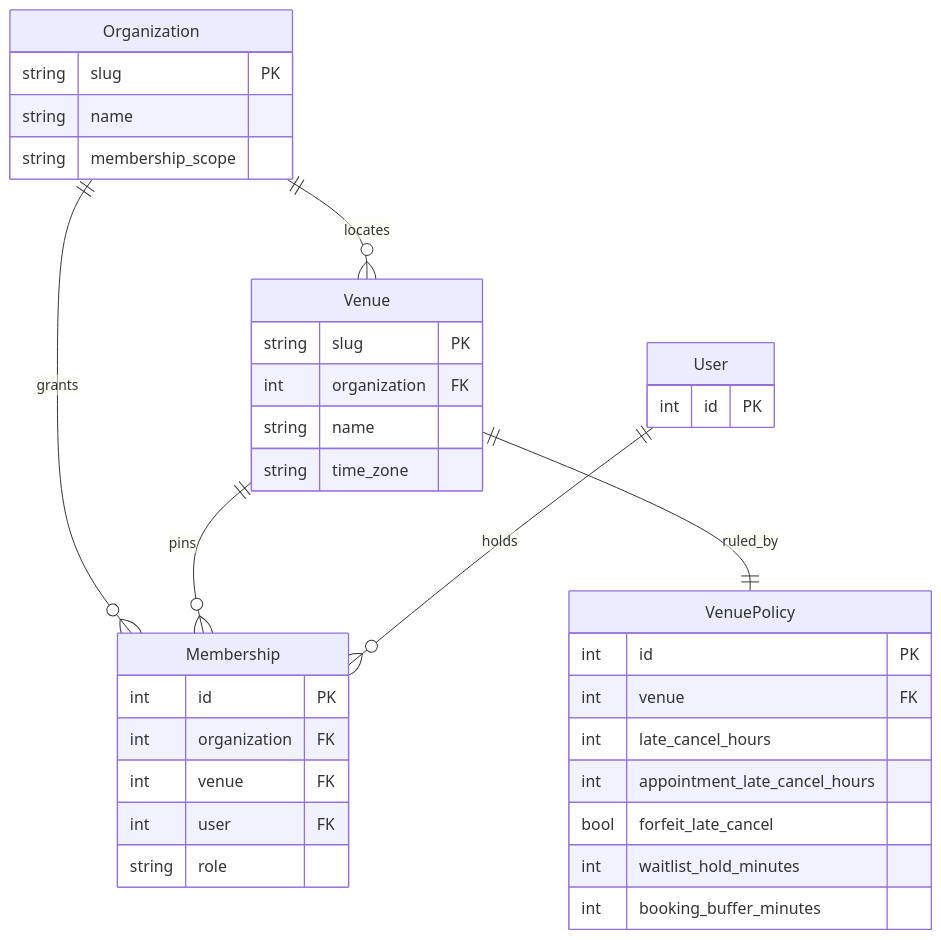
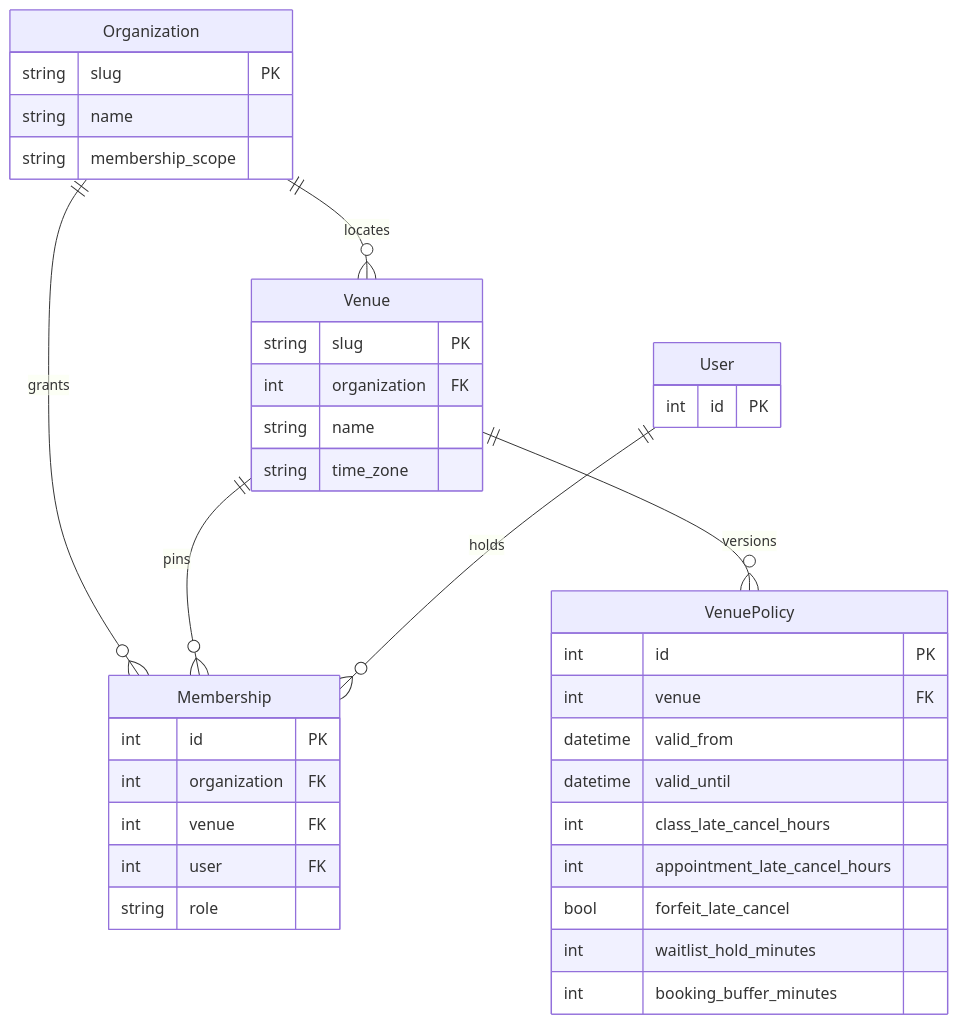
Before and after one commit to kevgathuku/bookr: the first of 7 diagrams in SPEC.md, drawn with Mermaid. The commit also changed other lines of this file and 7 other files, not shown here.

````diff
--- a/SPEC.md
+++ b/SPEC.md
@@ -18,38 +18,40 @@
 ```mermaid
 erDiagram
     Organization {
         string slug PK
         string name
         string membership_scope
     }
     Venue {
         string slug PK
         int organization FK
         string name
         string time_zone
     }
     VenuePolicy {
         int id PK
         int venue FK
-        int late_cancel_hours
+        datetime valid_from
+        datetime valid_until
+        int class_late_cancel_hours
         int appointment_late_cancel_hours
         bool forfeit_late_cancel
         int waitlist_hold_minutes
         int booking_buffer_minutes
     }
     User {
         int id PK
     }
     Membership {
         int id PK
         int organization FK
         int venue FK
         int user FK
         string role
     }
     Organization ||--o{ Venue : locates
     Organization ||--o{ Membership : grants
     Venue ||--o{ Membership : pins
-    Venue ||--|| VenuePolicy : ruled_by
+    Venue ||--o{ VenuePolicy : versions
     User ||--o{ Membership : holds
 ```
````
